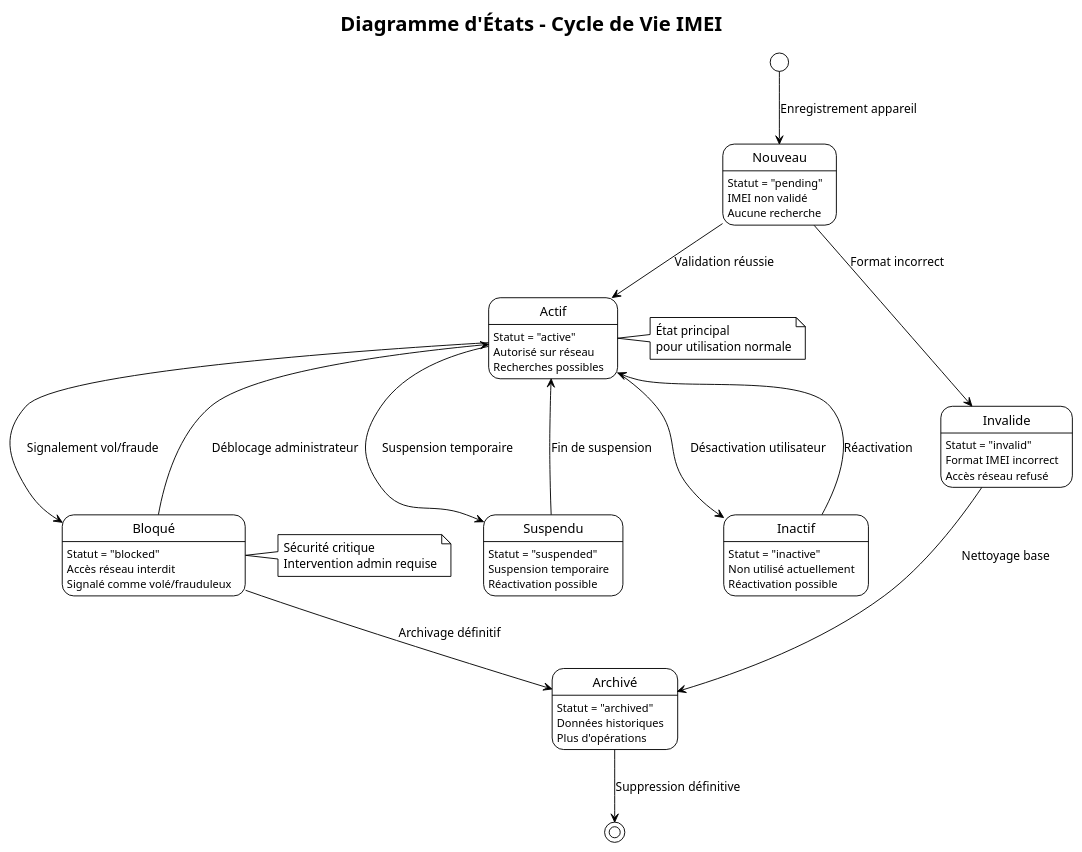
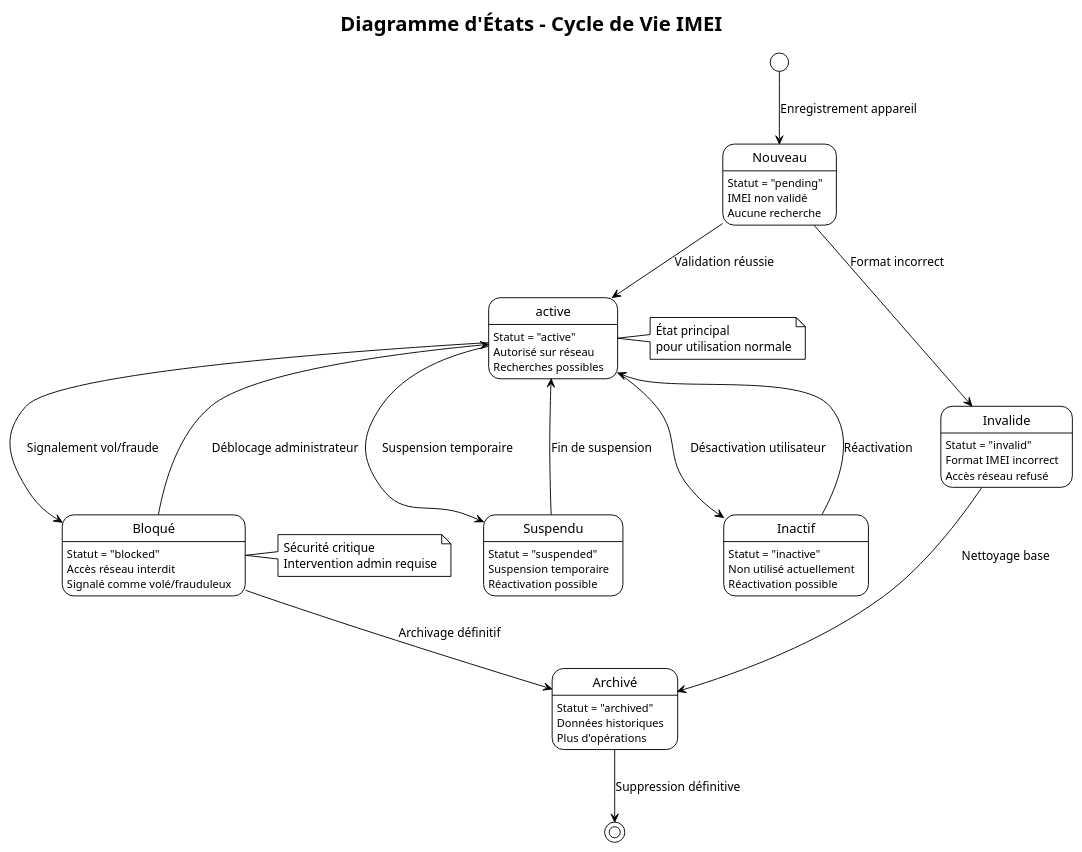
The diagram in docs/uml/Diagramme d'états IMEI.puml (Mohamedsalem00/eir-project), drawn with PlantUML before and after one commit. The commit also changed 24 other files, not shown here.

First line of the commit message:
fix: update IMEI status terminology from "actif" to "active" across the codebase

```diff
--- a/docs/uml/Diagramme d'états IMEI.puml
+++ b/docs/uml/Diagramme d'états IMEI.puml
@@ -1,68 +1,68 @@
 @startuml
 !theme plain
 title Diagramme d'États - Cycle de Vie IMEI
 
 [*] --> Nouveau : Enregistrement appareil
 
 state Nouveau {
     Nouveau : Statut = "pending"
     Nouveau : IMEI non validé
     Nouveau : Aucune recherche
 }
 
-Nouveau --> Actif : Validation réussie
+Nouveau --> active : Validation réussie
 Nouveau --> Invalide : Format incorrect
 
-state Actif {
-    Actif : Statut = "active"
-    Actif : Autorisé sur réseau
-    Actif : Recherches possibles
+state active {
+    active : Statut = "active"
+    active : Autorisé sur réseau
+    active : Recherches possibles
 }
 
 state Invalide {
     Invalide : Statut = "invalid"
     Invalide : Format IMEI incorrect
     Invalide : Accès réseau refusé
 }
 
-Actif --> Bloqué : Signalement vol/fraude
-Actif --> Suspendu : Suspension temporaire
-Actif --> Inactif : Désactivation utilisateur
+active --> Bloqué : Signalement vol/fraude
+active --> Suspendu : Suspension temporaire
+active --> Inactif : Désactivation utilisateur
 
 state Bloqué {
     Bloqué : Statut = "blocked"
     Bloqué : Accès réseau interdit
     Bloqué : Signalé comme volé/frauduleux
 }
 
 state Suspendu {
     Suspendu : Statut = "suspended"
     Suspendu : Suspension temporaire
     Suspendu : Réactivation possible
 }
 
 state Inactif {
     Inactif : Statut = "inactive"
     Inactif : Non utilisé actuellement
     Inactif : Réactivation possible
 }
 
-Bloqué --> Actif : Déblocage administrateur
-Suspendu --> Actif : Fin de suspension
-Inactif --> Actif : Réactivation
+Bloqué --> active : Déblocage administrateur
+Suspendu --> active : Fin de suspension
+Inactif --> active : Réactivation
 
 Bloqué --> Archivé : Archivage définitif
 Invalide --> Archivé : Nettoyage base
 
 state Archivé {
     Archivé : Statut = "archived"
     Archivé : Données historiques
     Archivé : Plus d'opérations
 }
 
 Archivé --> [*] : Suppression définitive
 
-note right of Actif : État principal\npour utilisation normale
+note right of active : État principal\npour utilisation normale
 note right of Bloqué : Sécurité critique\nIntervention admin requise
 
 @enduml
```
